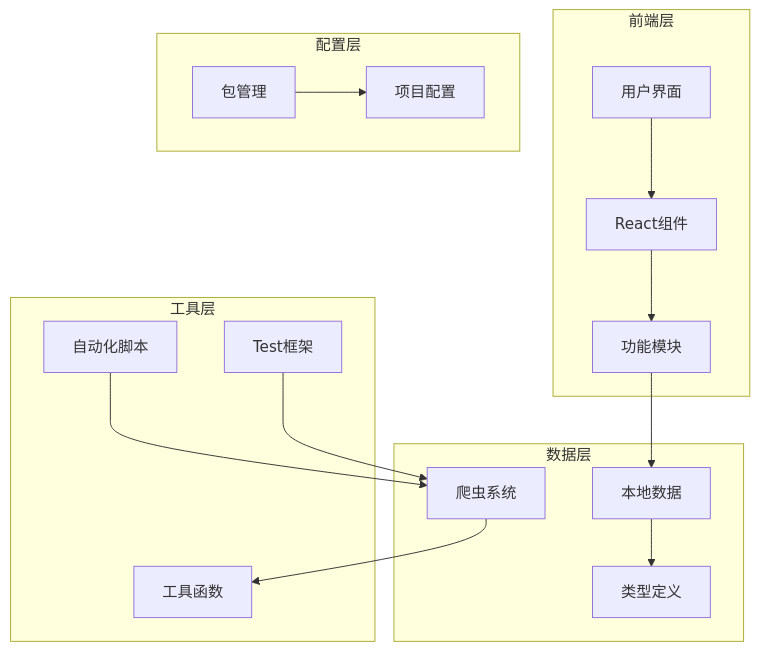
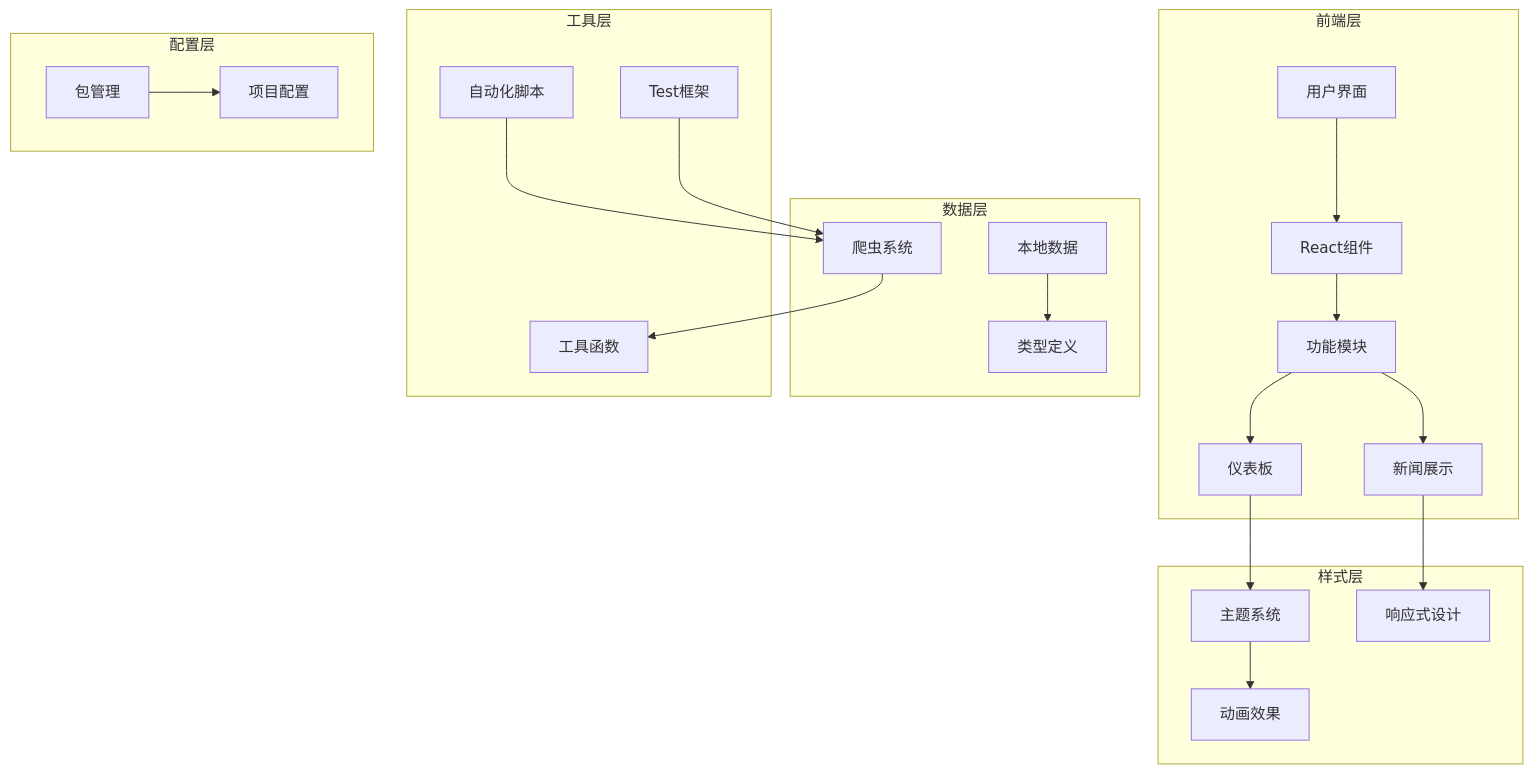
One commit to liangxuanliang-cmd/carbon-info-agent changed the first of 20 diagrams in .qoder/repowiki/zh/content/数据管理/新闻数据管理/增强的新闻数据管理.md. Above: the diagram before and after it, drawn with Mermaid. The commit also changed other lines of this file and 7 other files, not shown here.

````diff
--- a/.qoder/repowiki/zh/content/数据管理/新闻数据管理/增强的新闻数据管理.md
+++ b/.qoder/repowiki/zh/content/数据管理/新闻数据管理/增强的新闻数据管理.md
@@ -64,30 +83,41 @@
 ```mermaid
 graph TB
 subgraph "前端层"
 UI[用户界面]
 Components[React组件]
 Sections[功能模块]
+Dashboard[仪表板]
+News[新闻展示]
+end
+subgraph "样式层"
+Theme[主题系统]
+Responsive[响应式设计]
+Animations[动画效果]
 end
 subgraph "数据层"
 Types[类型定义]
 Data[本地数据]
 Crawler[爬虫系统]
 end
 subgraph "工具层"
 Utils[工具函数]
 Scripts[自动化脚本]
 Test[Test框架]
 end
 subgraph "配置层"
 Config[项目配置]
 Package[包管理]
 end
 UI --> Components
 Components --> Sections
-Sections --> Data
+Sections --> Dashboard
+Sections --> News
+Dashboard --> Theme
+News --> Responsive
+Theme --> Animations
 Data --> Types
 Crawler --> Utils
 Scripts --> Crawler
 Test --> Crawler
 Package --> Config
 ```
````
